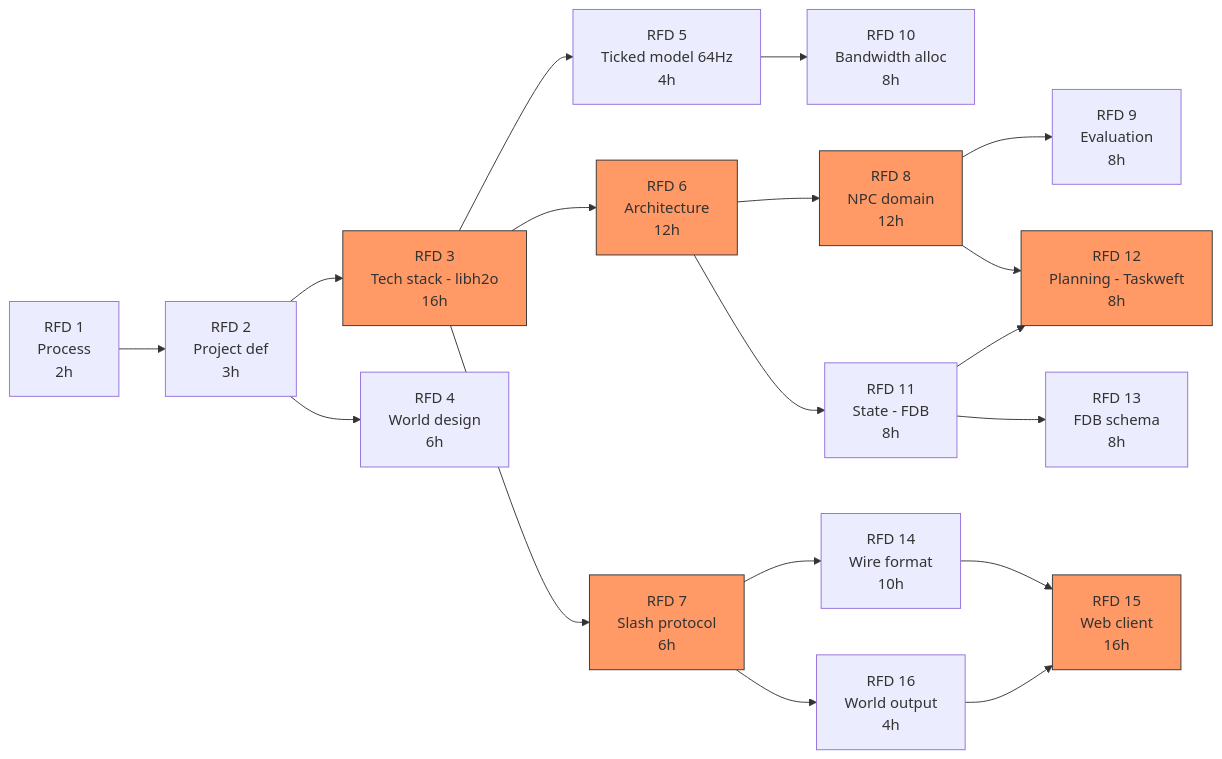
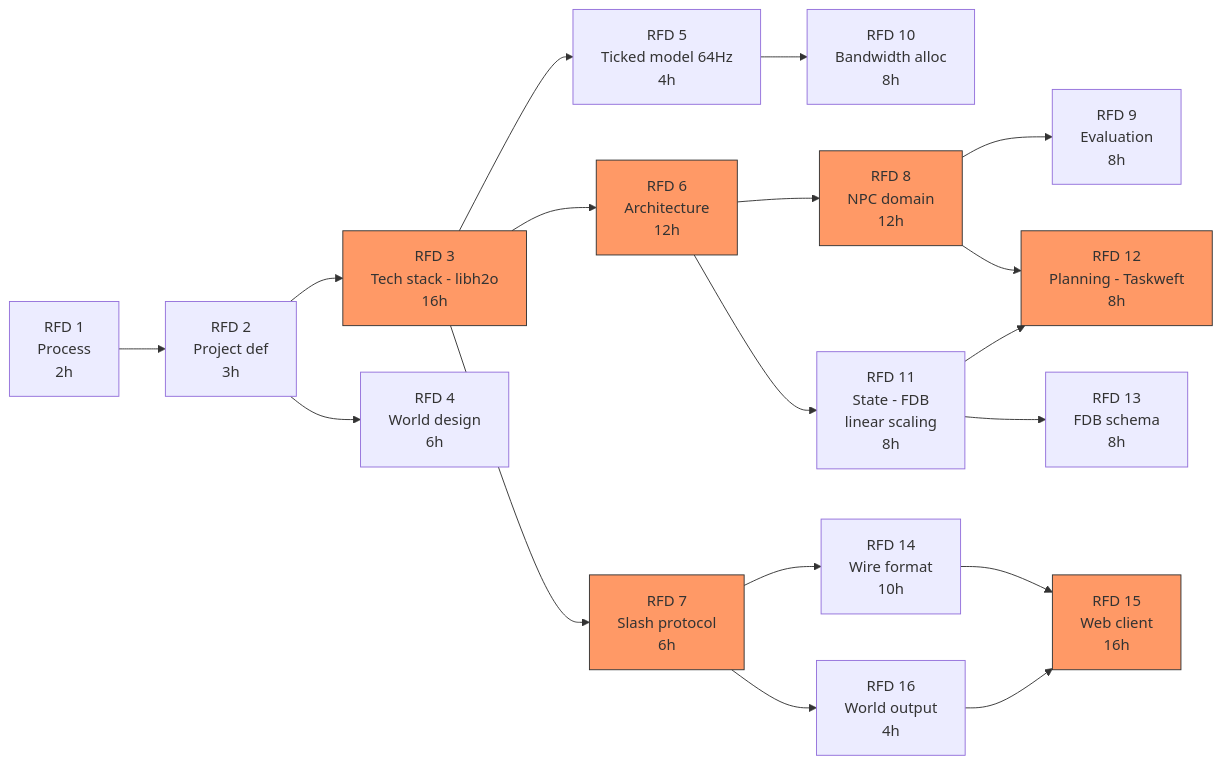
One commit to taskweft/crucible-rfd changed the first of 2 diagrams in PERT_PLAN.md. Above: the diagram before and after it, drawn with Mermaid. The commit also changed other lines of this file, not shown here.

Commit message:
Frame FDB features around linear-scaling property (RFD 11, 13)

````diff
--- a/PERT_PLAN.md
+++ b/PERT_PLAN.md
@@ -16,27 +16,27 @@
 ```mermaid
 flowchart LR
     r1[RFD 1<br>Process<br>2h] --> r2[RFD 2<br>Project def<br>3h]
     r2 --> r3[RFD 3<br>Tech stack - libh2o<br>16h]
     r2 --> r4[RFD 4<br>World design<br>6h]
     r3 --> r5[RFD 5<br>Ticked model 64Hz<br>4h]
     r3 --> r6[RFD 6<br>Architecture<br>12h]
     r3 --> r7[RFD 7<br>Slash protocol<br>6h]
     r5 --> r10[RFD 10<br>Bandwidth alloc<br>8h]
     r6 --> r8[RFD 8<br>NPC domain<br>12h]
-    r6 --> r11[RFD 11<br>State - FDB<br>8h]
+    r6 --> r11[RFD 11<br>State - FDB<br>linear scaling<br>8h]
     r7 --> r14[RFD 14<br>Wire format<br>10h]
     r7 --> r16[RFD 16<br>World output<br>4h]
     r8 --> r9[RFD 9<br>Evaluation<br>8h]
     r8 --> r12[RFD 12<br>Planning - Taskweft<br>8h]
     r11 --> r12
     r11 --> r13[RFD 13<br>FDB schema<br>8h]
     r14 --> r15[RFD 15<br>Web client<br>16h]
     r16 --> r15
 
     style r3 fill:#f96,stroke:#333
     style r6 fill:#f96,stroke:#333
     style r7 fill:#f96,stroke:#333
     style r8 fill:#f96,stroke:#333
     style r12 fill:#f96,stroke:#333
     style r15 fill:#f96,stroke:#333
 ```
````
